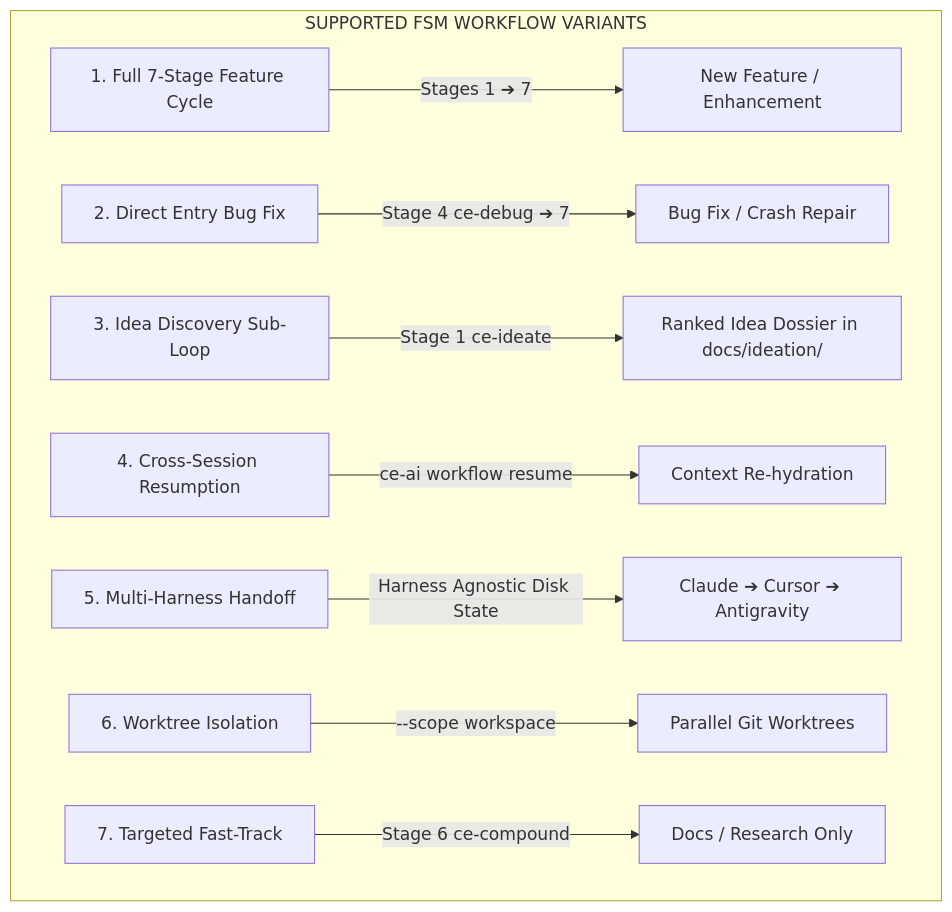
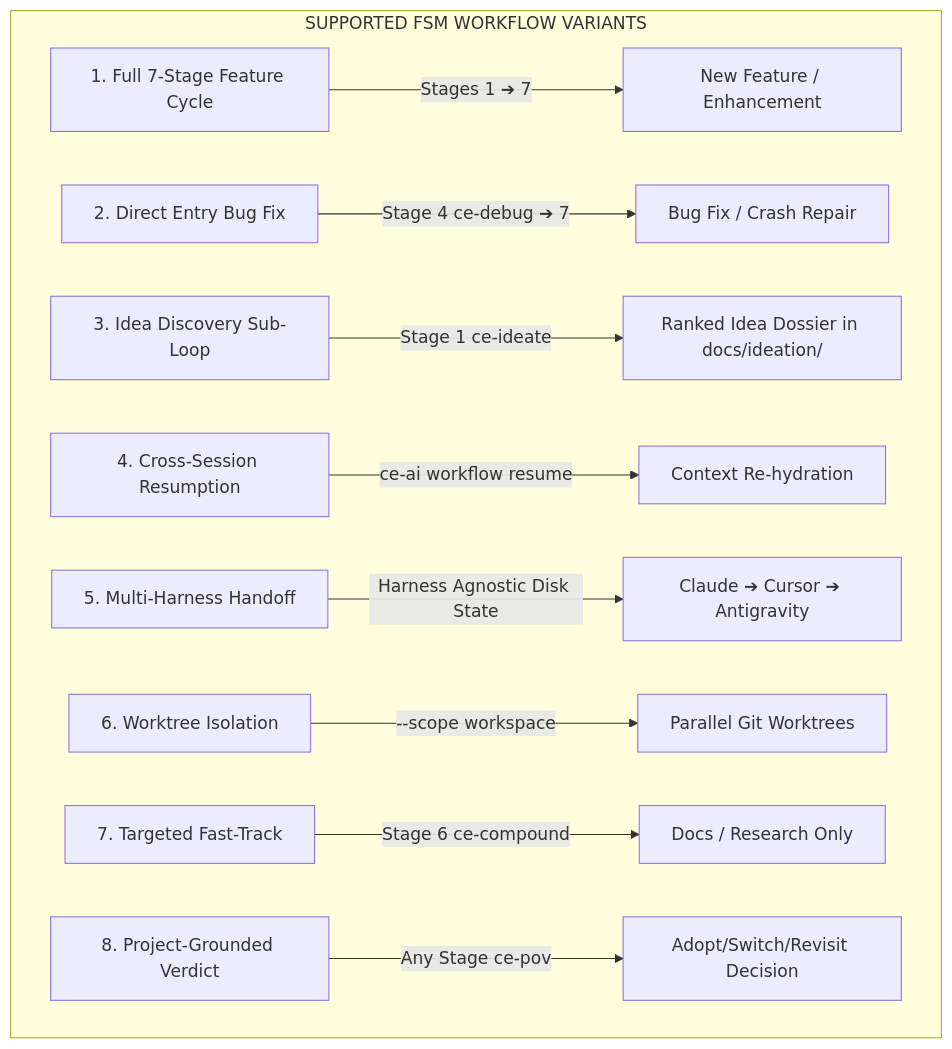
The seventh of 7 diagrams in docs/user-guide/fsm-and-checkpoints-explained.md (mastepanoski/ce-ai), drawn with Mermaid before and after one commit. The commit also changed other lines of this file and 2 other files, not shown here.

Commit message:
docs(skills): document ce-pov as a bypass alongside ce-ideate
The Compound Engineering plugin now ships ce-pov (decisive,
project-grounded verdict on an external candidate — adopt/switch/
revisit a technology, or judge whether a CVE/deprecation actually
affects this project). It wasn't mentioned anywhere in the workflow
docs, so it looked unsupported.

Added it as a fourth Scenario-3 bypass and cheat-sheet row in
quick-start-workflow-guide.md, a variant row in fsm-and-checkpoints-
explained.md's capability matrix, and a disambiguation note next to
ce-ideate in compound-engineering-workflow-explained.md — ce-ideate is
divergent (generates options), ce-pov is convergent (one named
candidate, one verdict), and a "yes" verdict feeds into ce-brainstorm
the same way a chosen ce-ideate option would.

Claude-Session: https://claude.ai/code/session_01GC9gtQEfRuEpja3cPg7dDh

````diff
--- a/docs/user-guide/fsm-and-checkpoints-explained.md
+++ b/docs/user-guide/fsm-and-checkpoints-explained.md
@@ -271,12 +271,13 @@
 ```mermaid
 flowchart TD
     subgraph FSM_VARIANTS ["SUPPORTED FSM WORKFLOW VARIANTS"]
         V1["1. Full 7-Stage Feature Cycle"] -->|"Stages 1 ➔ 7"| FULL["New Feature / Enhancement"]
         V2["2. Direct Entry Bug Fix"] -->|"Stage 4 ce-debug ➔ 7"| BUG["Bug Fix / Crash Repair"]
         V3["3. Idea Discovery Sub-Loop"] -->|"Stage 1 ce-ideate"| IDEATE["Ranked Idea Dossier in docs/ideation/"]
         V4["4. Cross-Session Resumption"] -->|"ce-ai workflow resume"| RESUME["Context Re-hydration"]
         V5["5. Multi-Harness Handoff"] -->|"Harness Agnostic Disk State"| HANDOFF["Claude ➔ Cursor ➔ Antigravity"]
         V6["6. Worktree Isolation"] -->|"--scope workspace"| WORKTREE["Parallel Git Worktrees"]
         V7["7. Targeted Fast-Track"] -->|"Stage 6 ce-compound"| DOCS["Docs / Research Only"]
+        V8["8. Project-Grounded Verdict"] -->|"Any Stage ce-pov"| POV["Adopt/Switch/Revisit Decision"]
     end
 ```
````
